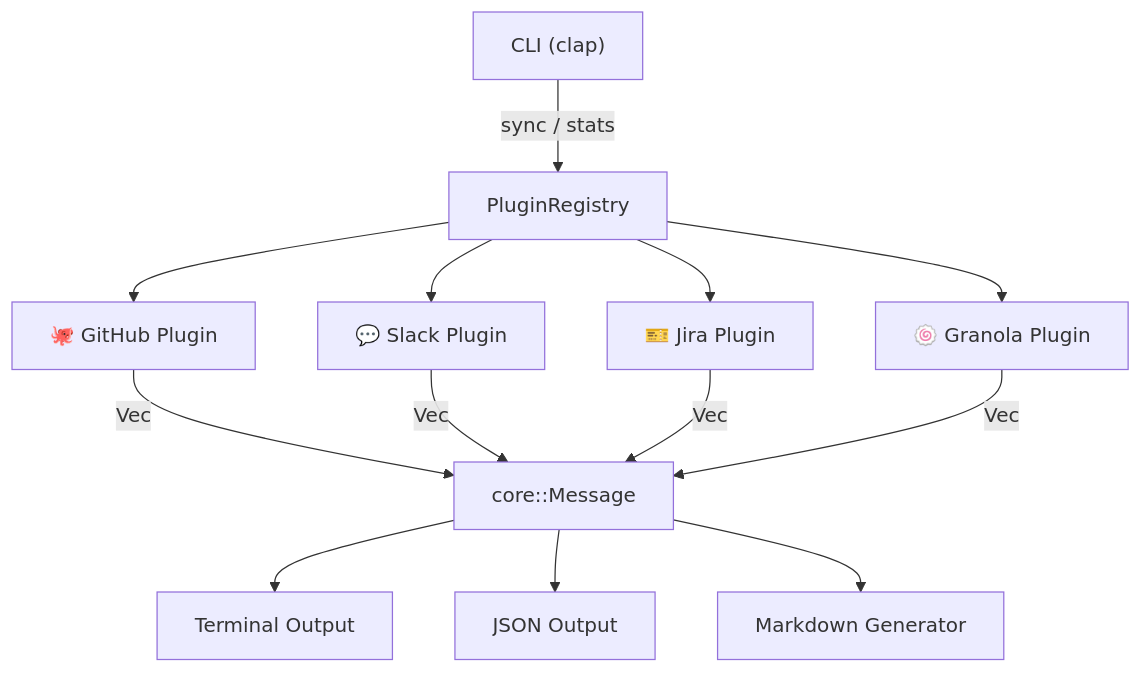
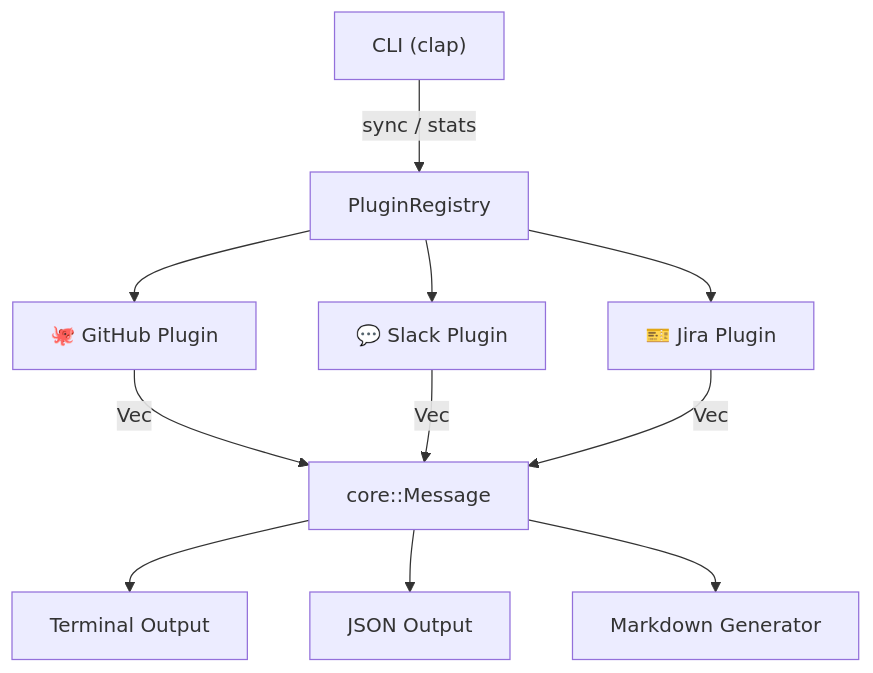
The first of 2 diagrams in docs/architecture.md (imshubhamsingh/work-os), drawn with Mermaid before and after one commit. The commit also changed other lines of this file and 23 other files, not shown here.

````diff
--- a/docs/architecture.md
+++ b/docs/architecture.md
@@ -7,26 +7,23 @@
 ```mermaid
 flowchart TD
     CLI["CLI (clap)"]
     Registry["PluginRegistry"]
     GitHub["🐙 GitHub Plugin"]
     Slack["💬 Slack Plugin"]
     Jira["🎫 Jira Plugin"]
-    Granola["🍥 Granola Plugin"]
     Core["core::Message"]
     TermOutput["Terminal Output"]
     JSONOutput["JSON Output"]
     MDOutput["Markdown Generator"]
 
     CLI -->|sync / stats| Registry
     Registry --> GitHub
     Registry --> Slack
     Registry --> Jira
-    Registry --> Granola
     GitHub -->|Vec<Message>| Core
     Slack -->|Vec<Message>| Core
     Jira -->|Vec<Message>| Core
-    Granola -->|Vec<Message>| Core
     Core --> TermOutput
     Core --> JSONOutput
     Core --> MDOutput
 ```
````
